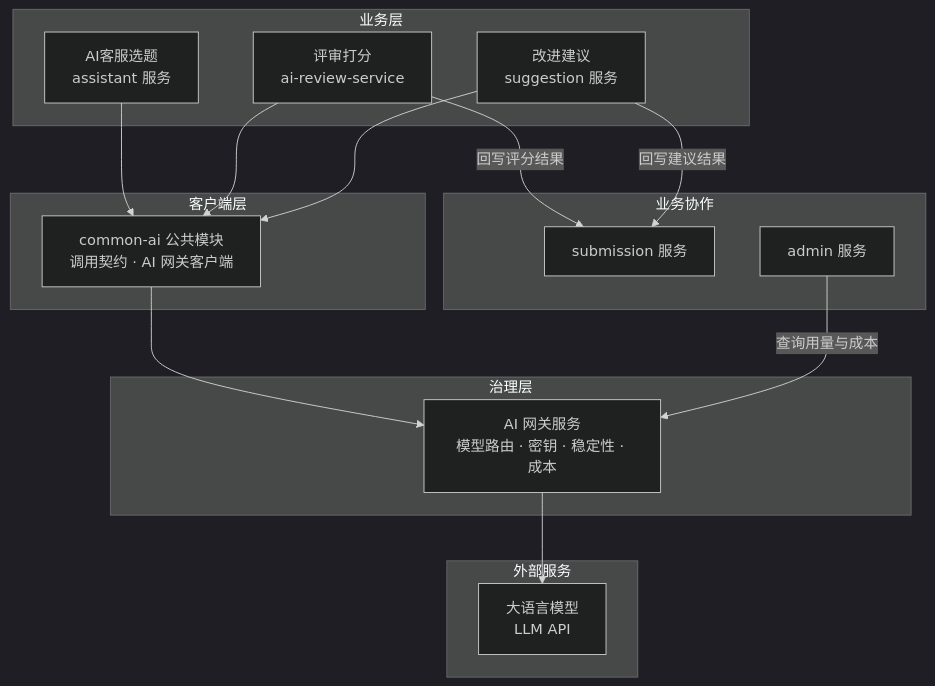
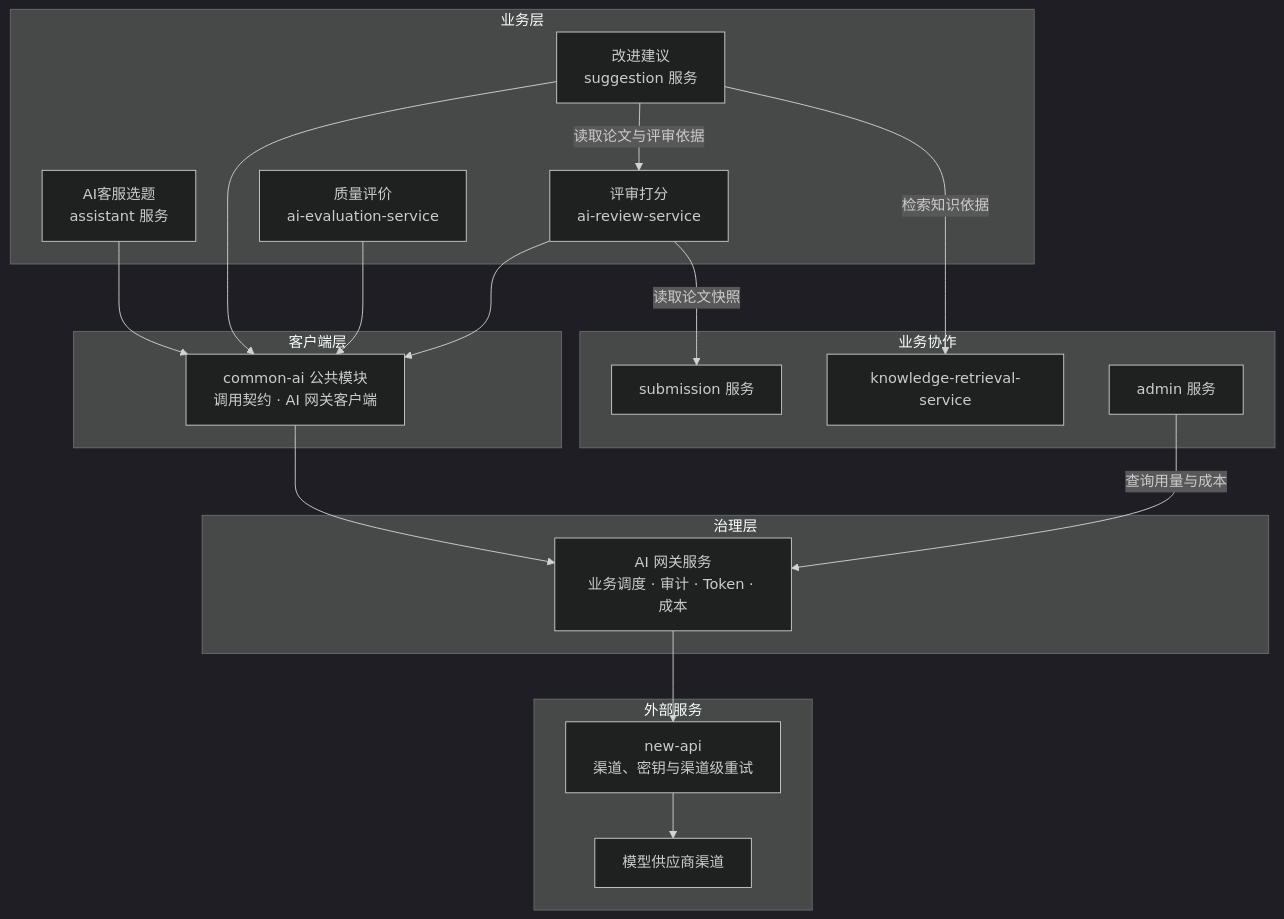
Before and after one commit to Dorian7Alden/LeetModel: the third of 4 diagrams in docs/project/02-架构设计/微服务架构.md, drawn with Mermaid (dark theme). The commit also changed other lines of this file and 31 other files, not shown here.

````diff
--- a/docs/project/02-架构设计/微服务架构.md
+++ b/docs/project/02-架构设计/微服务架构.md
@@ -151,34 +160,39 @@
 ```mermaid
 graph TB
     subgraph 业务层
         ASSISTANT[AI客服选题<br/>assistant 服务]
         REVIEW[评审打分<br/>ai-review-service]
         SUGGESTION[改进建议<br/>suggestion 服务]
+        EVALUATION[质量评价<br/>ai-evaluation-service]
     end
 
     subgraph 客户端层
         COMMON_AI[common-ai 公共模块<br/>调用契约 · AI 网关客户端]
     end
 
     subgraph 治理层
-        AI_GATEWAY[AI 网关服务<br/>模型路由 · 密钥 · 稳定性 · 成本]
+        AI_GATEWAY[AI 网关服务<br/>业务调度 · 审计 · Token · 成本]
     end
 
     subgraph 外部服务
-        LLM[大语言模型<br/>LLM API]
+        NEW_API[new-api<br/>渠道、密钥与渠道级重试]
+        LLM[模型供应商渠道]
     end
 
     subgraph 业务协作
         SUBMISSION[submission 服务]
+        RETRIEVAL[knowledge-retrieval-service]
         ADMIN[admin 服务]
     end
 
     ASSISTANT --> COMMON_AI
     REVIEW --> COMMON_AI
     SUGGESTION --> COMMON_AI
+    EVALUATION --> COMMON_AI
     COMMON_AI --> AI_GATEWAY
-    AI_GATEWAY --> LLM
+    AI_GATEWAY --> NEW_API --> LLM
     ADMIN -->|查询用量与成本| AI_GATEWAY
-    REVIEW -->|回写评分结果| SUBMISSION
-    SUGGESTION -->|回写建议结果| SUBMISSION
+    REVIEW -->|读取论文快照| SUBMISSION
+    SUGGESTION -->|读取论文与评审依据| REVIEW
+    SUGGESTION -->|检索知识依据| RETRIEVAL
 ```
````
